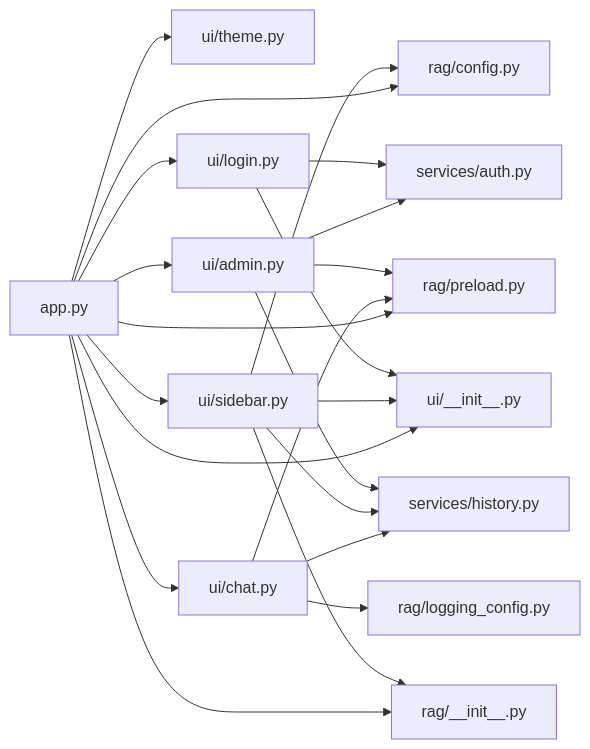
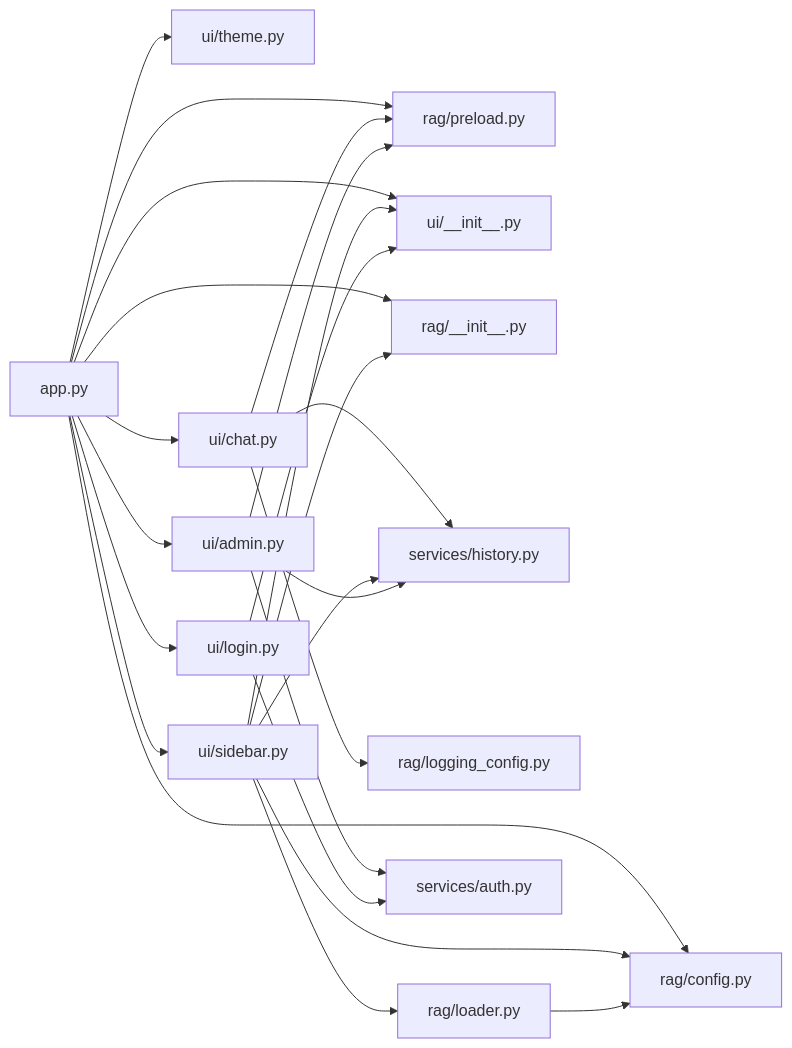
The fifth of 5 diagrams in .qoder/repowiki/zh/content/用户界面系统/用户界面系统.md (joyafa/knowledge), drawn with Mermaid before and after one commit. The commit also changed other lines of this file and 20 other files, not shown here.

````diff
--- a/.qoder/repowiki/zh/content/用户界面系统/用户界面系统.md
+++ b/.qoder/repowiki/zh/content/用户界面系统/用户界面系统.md
@@ -568,24 +610,26 @@
 ```mermaid
 graph LR
 APP["app.py"] --> CFG["rag/config.py"]
 APP --> THEME["ui/theme.py"]
 APP --> PRE["rag/preload.py"]
 APP --> LOGIN["ui/login.py"]
 APP --> SIDEBAR["ui/sidebar.py"]
 APP --> CHAT["ui/chat.py"]
 APP --> ADMIN["ui/admin.py"]
 APP --> LOGO["ui/__init__.py"]
 APP --> VERSION["rag/__init__.py"]
 CHAT --> PRE
 CHAT --> HIS["services/history.py"]
 CHAT --> LOG["rag/logging_config.py"]
 SIDEBAR --> HIS
 SIDEBAR --> CFG
 SIDEBAR --> LOGO
 SIDEBAR --> VERSION
+SIDEBAR --> LOADER["rag/loader.py"]
 ADMIN --> AUTH["services/auth.py"]
 ADMIN --> HIS
 ADMIN --> PRE
 LOGIN --> AUTH
 LOGIN --> LOGO
+LOADER --> CFG
 ```
````
